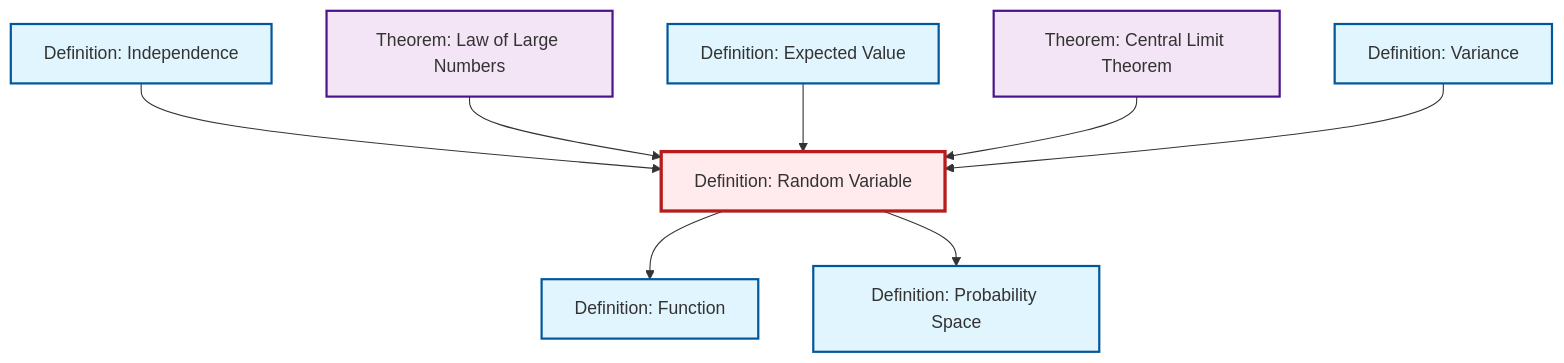
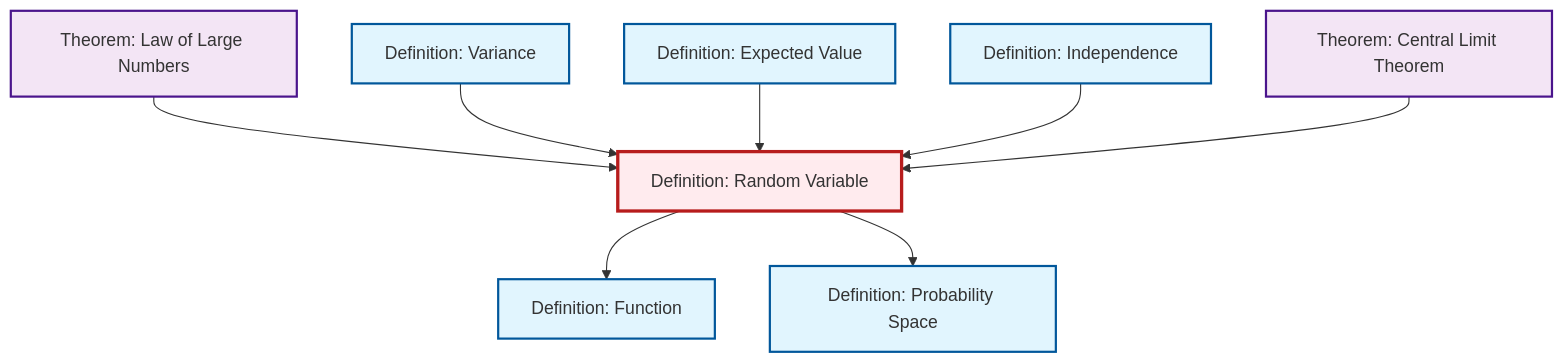
The diagram in content/en/probability-statistics/def-random-variable.qmd (RK0429/ModernMath), drawn with Mermaid before and after one commit. The commit also changed other lines of this file and 619 other files, not shown here.

````diff
--- a/content/en/probability-statistics/def-random-variable.qmd
+++ b/content/en/probability-statistics/def-random-variable.qmd
@@ -48,32 +48,32 @@
 ```{mermaid}
 %%| fig-cap: "Local dependency graph"
 graph TD
     classDef definition fill:#e1f5fe,stroke:#01579b,stroke-width:2px
     classDef theorem fill:#f3e5f5,stroke:#4a148c,stroke-width:2px
     classDef axiom fill:#fff3e0,stroke:#e65100,stroke-width:2px
     classDef example fill:#e8f5e9,stroke:#1b5e20,stroke-width:2px
     classDef current fill:#ffebee,stroke:#b71c1c,stroke-width:3px
+    thm-central-limit["Theorem: Central Limit Theorem"]:::theorem
+    thm-law-of-large-numbers["Theorem: Law of Large Numbers"]:::theorem
+    def-expectation["Definition: Expected Value"]:::definition
     def-probability-space["Definition: Probability Space"]:::definition
-    thm-law-of-large-numbers["Theorem: Law of Large Numbers"]:::theorem
+    def-random-variable["Definition: Random Variable"]:::definition
     def-variance["Definition: Variance"]:::definition
     def-function["Definition: Function"]:::definition
-    def-expectation["Definition: Expected Value"]:::definition
-    def-random-variable["Definition: Random Variable"]:::definition
     def-independence["Definition: Independence"]:::definition
-    thm-central-limit["Theorem: Central Limit Theorem"]:::theorem
     def-random-variable --> def-function
+    thm-law-of-large-numbers --> def-random-variable
+    def-variance --> def-random-variable
+    def-expectation --> def-random-variable
     def-independence --> def-random-variable
+    thm-central-limit --> def-random-variable
     def-random-variable --> def-probability-space
-    thm-law-of-large-numbers --> def-random-variable
-    def-expectation --> def-random-variable
-    thm-central-limit --> def-random-variable
-    def-variance --> def-random-variable
     class def-random-variable current
+    click thm-central-limit "thm-central-limit.html" "Go to Central Limit Theorem theorem"
+    click thm-law-of-large-numbers "thm-law-of-large-numbers.html" "Go to Law of Large Numbers theorem"
+    click def-expectation "def-expectation.html" "Go to Expected Value definition"
     click def-probability-space "def-probability-space.html" "Go to Probability Space definition"
-    click thm-law-of-large-numbers "thm-law-of-large-numbers.html" "Go to Law of Large Numbers theorem"
     click def-variance "def-variance.html" "Go to Variance definition"
     click def-function "def-function.html" "Go to Function definition"
-    click def-expectation "def-expectation.html" "Go to Expected Value definition"
     click def-independence "def-independence.html" "Go to Independence definition"
-    click thm-central-limit "thm-central-limit.html" "Go to Central Limit Theorem theorem"
 ```
````
